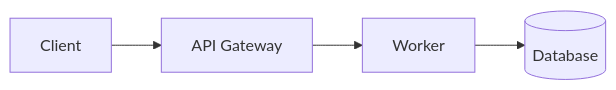
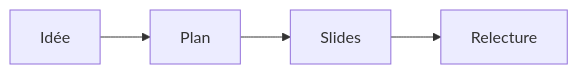
Before and after one commit to crowdedmovie/slidev-tplt: the first of 2 diagrams in slides.md, drawn with Mermaid. The commit also changed other lines of this file and 3 other files, not shown here.

````diff
--- a/slides.md
+++ b/slides.md
@@ -53,6 +132,4 @@
 ```mermaid
 flowchart LR
-  Client[Client] --> API[API Gateway]
-  API --> Worker[Worker]
-  Worker --> DB[(Database)]
+  Idea[Idée] --> Plan[Plan] --> Slides[Slides] --> Review[Relecture]
 ```
````
